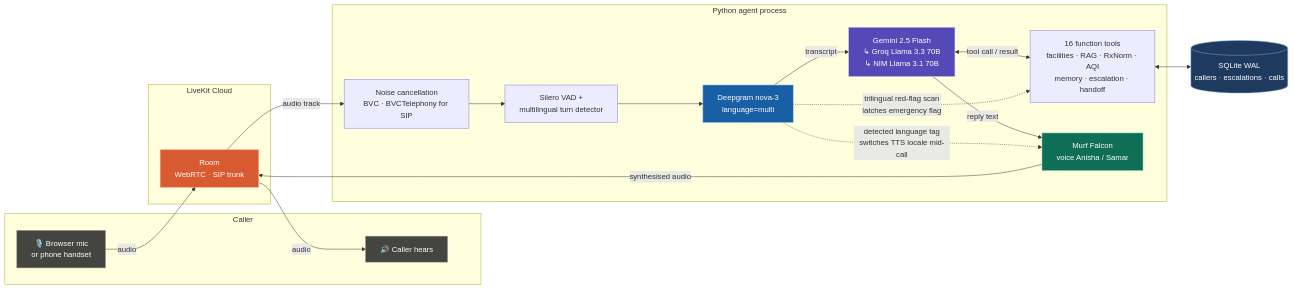
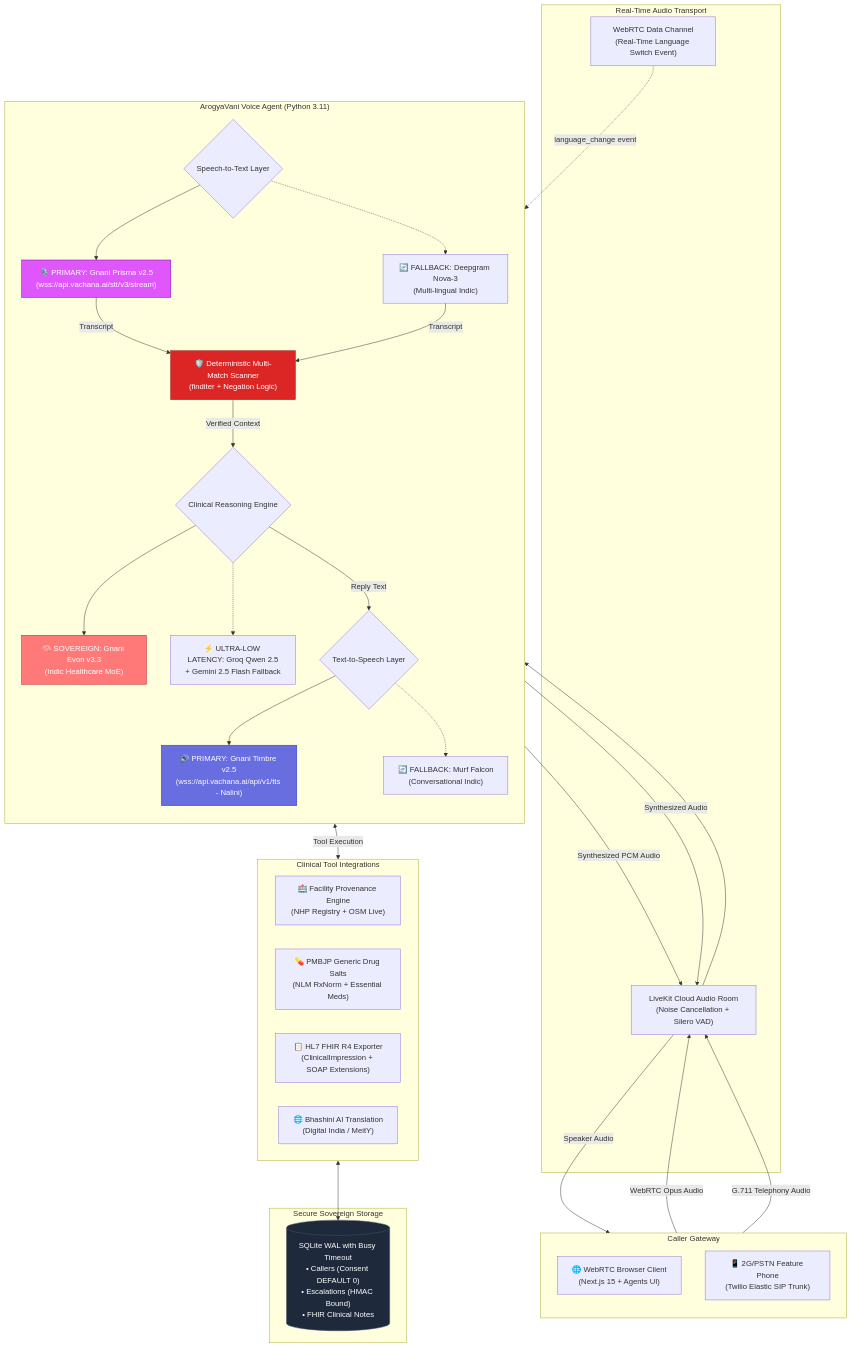
One commit to sakshitiwari2051-png/ArogyaVani changed the first of 2 diagrams in README.md. Above: the diagram before and after it, drawn with Mermaid. The commit also changed other lines of this file and 9 other files, not shown here.

Commit message:
docs(winner-ready): revamp README with Gnani sovereign stack and clean up root documentation into docs/

````diff
--- a/README.md
+++ b/README.md
@@ -86,42 +92,71 @@
 ```mermaid
-flowchart LR
-    subgraph C["Caller"]
-        MIC["🎙️ Browser mic<br/>or phone handset"]
-        SPK["🔊 Caller hears"]
+flowchart TB
+    subgraph CALLER["Caller Gateway"]
+        direction TB
+        WEB["🌐 WebRTC Browser Client<br/>(Next.js 15 + Agents UI)"]
+        PSTN["📱 2G/PSTN Feature Phone<br/>(Twilio Elastic SIP Trunk)"]
     end
 
-    subgraph LK["LiveKit Cloud"]
-        ROOM["Room<br/>WebRTC · SIP trunk"]
+    subgraph LK["Real-Time Audio Transport"]
+        ROOM["LiveKit Cloud Audio Room<br/>(Noise Cancellation + Silero VAD)"]
+        DATA["WebRTC Data Channel<br/>(Real-Time Language Switch Event)"]
     end
 
-    subgraph AG["Python agent process"]
-        NC["Noise cancellation<br/>BVC · BVCTelephony for SIP"]
-        VAD["Silero VAD +<br/>multilingual turn detector"]
-        STT["Deepgram nova-3<br/>language=multi"]
-        LLM["Gemini 2.5 Flash<br/>↳ Groq Llama 3.3 70B<br/>↳ NIM Llama 3.1 70B"]
-        TOOLS["16 function tools<br/>facilities · RAG · RxNorm · AQI<br/>memory · escalation · handoff"]
-        TTS["Murf Falcon<br/>voice Anisha / Samar"]
+    subgraph AGENT["ArogyaVani Voice Agent (Python 3.11)"]
+        direction TB
+        STT_ENGINE{"Speech-to-Text Layer"}
+        PRISMA["🎙️ PRIMARY: Gnani Prisma v2.5<br/>(wss://api.vachana.ai/stt/v3/stream)"]
+        DG_STT["🔄 FALLBACK: Deepgram Nova-3<br/>(Multi-lingual Indic)"]
+
+        SCANNER["🛡️ Deterministic Multi-Match Scanner<br/>(finditer + Negation Logic)"]
+
+        LLM_ENGINE{"Clinical Reasoning Engine"}
+        EVON["🧠 SOVEREIGN: Gnani Evon v3.3<br/>(Indic Healthcare MoE)"]
+        GROQ_GEMINI["⚡ ULTRA-LOW LATENCY: Groq Qwen 2.5<br/>+ Gemini 2.5 Flash Fallback"]
+
+        TTS_ENGINE{"Text-to-Speech Layer"}
+        TIMBRE["🔊 PRIMARY: Gnani Timbre v2.5<br/>(wss://api.vachana.ai/api/v1/tts - Nalini)"]
+        MURF_TTS["🔄 FALLBACK: Murf Falcon<br/>(Conversational Indic)"]
     end
 
-    DB[("SQLite WAL<br/>callers · escalations · calls")]
+    subgraph TOOLS["Clinical Tool Integrations"]
+        FAC["🏥 Facility Provenance Engine<br/>(NHP Registry + OSM Live)"]
+        MED["💊 PMBJP Generic Drug Salts<br/>(NLM RxNorm + Essential Meds)"]
+        FHIR["📋 HL7 FHIR R4 Exporter<br/>(ClinicalImpression + SOAP Extensions)"]
+        BHASH["🌐 Bhashini AI Translation<br/>(Digital India / MeitY)"]
+    end
 
-    MIC -->|"audio"| ROOM
-    ROOM -->|"audio track"| NC --> VAD --> STT
-    STT -->|"transcript"| LLM
-    LLM <-->|"tool call / result"| TOOLS
+    subgraph DATA_TIER["Secure Sovereign Storage"]
+        DB[("SQLite WAL with Busy Timeout<br/>• Callers (Consent DEFAULT 0)<br/>• Escalations (HMAC Bound)<br/>• FHIR Clinical Notes")]
+    end
+
+    WEB -->|"WebRTC Opus Audio"| ROOM
+    PSTN -->|"G.711 Telephony Audio"| ROOM
+    DATA -.->|"language_change event"| AGENT
+
+    ROOM --> STT_ENGINE
+    STT_ENGINE --> PRISMA
+    STT_ENGINE -.-> DG_STT
+    PRISMA -->|"Transcript"| SCANNER
+    DG_STT -->|"Transcript"| SCANNER
+
+    SCANNER -->|"Verified Context"| LLM_ENGINE
+    LLM_ENGINE --> EVON
+    LLM_ENGINE -.-> GROQ_GEMINI
+
+    LLM_ENGINE <-->|"Tool Execution"| TOOLS
     TOOLS <--> DB
-    LLM -->|"reply text"| TTS
-    TTS -->|"synthesised audio"| ROOM
-    ROOM -->|"audio"| SPK
 
-    STT -.->|"detected language tag<br/>switches TTS locale mid-call"| TTS
-    STT -.->|"trilingual red-flag scan<br/>latches emergency flag"| TOOLS
+    LLM_ENGINE -->|"Reply Text"| TTS_ENGINE
+    TTS_ENGINE --> TIMBRE
+    TTS_ENGINE -.-> MURF_TTS
+    TIMBRE -->|"Synthesized PCM Audio"| ROOM
+    MURF_TTS -->|"Synthesized Audio"| ROOM
+    ROOM -->|"Speaker Audio"| CALLER
 
-    style MIC fill:#444441,stroke:#888780,color:#fff
-    style SPK fill:#444441,stroke:#888780,color:#fff
-    style STT fill:#185FA5,stroke:#85B7EB,color:#fff
-    style LLM fill:#534AB7,stroke:#AFA9EC,color:#fff
-    style TTS fill:#0F6E56,stroke:#5DCAA5,color:#fff
-    style ROOM fill:#D85A30,stroke:#F0997B,color:#fff
-    style DB fill:#1F3A5F,stroke:#7FA8D4,color:#fff
+    style PRISMA fill:#E056FD,stroke:#7D0A8D,color:#fff
+    style TIMBRE fill:#686DE0,stroke:#2F36B2,color:#fff
+    style EVON fill:#FF7979,stroke:#B31D1D,color:#fff
+    style SCANNER fill:#DC2626,stroke:#991B1B,color:#fff
+    style DB fill:#1E293B,stroke:#475569,color:#fff
 ```
````
